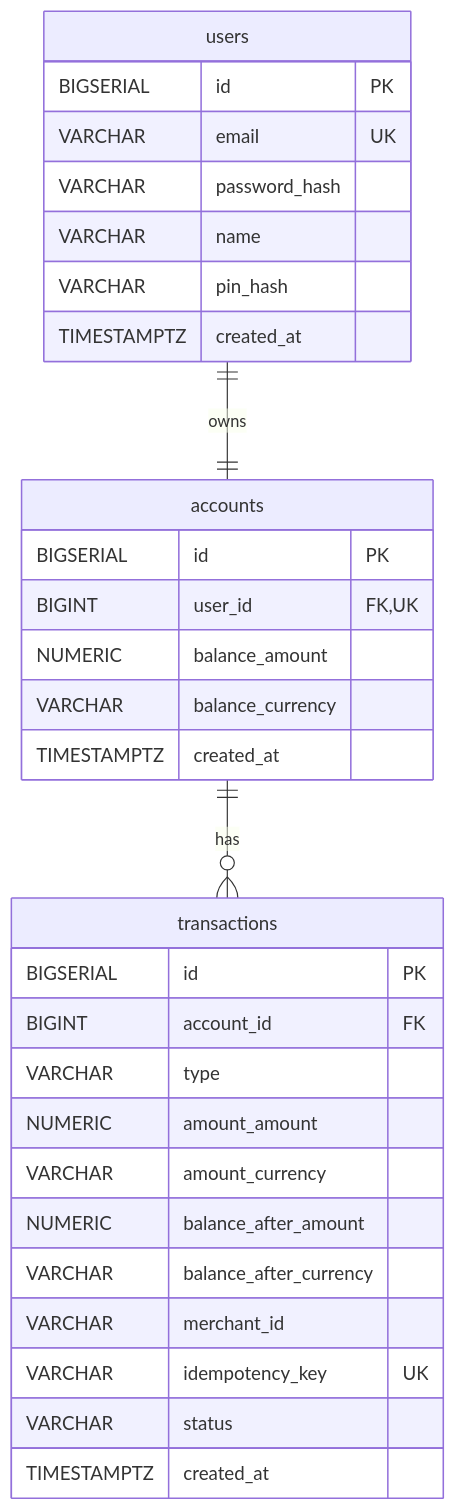
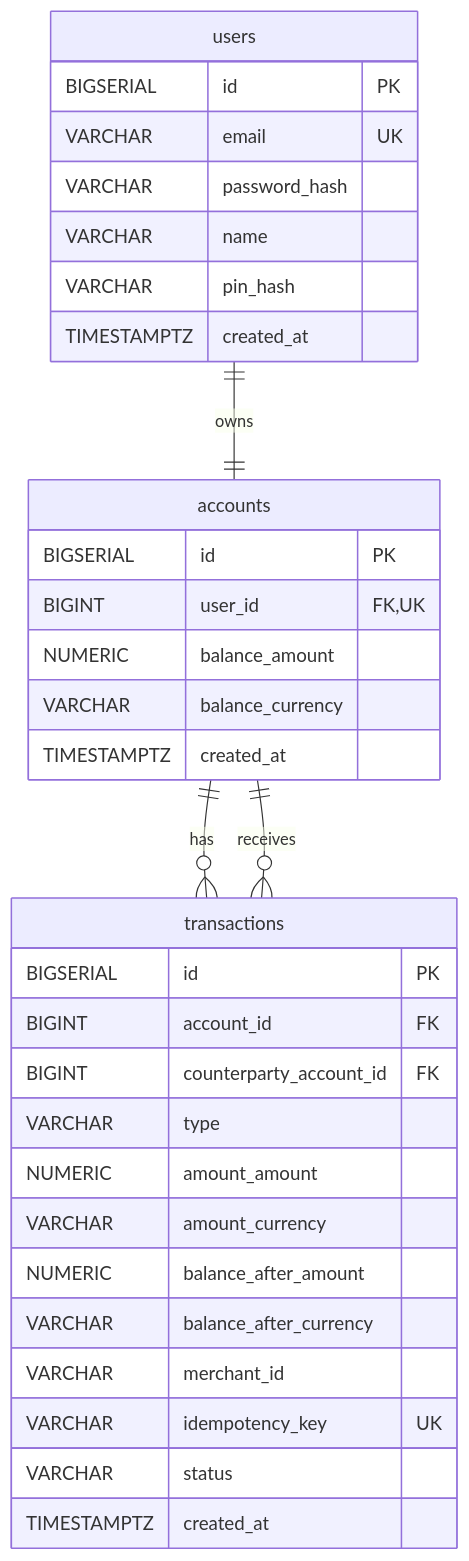
One commit to qkrrlxor627/mini changed the first of 4 diagrams in docs/ready.md. Above: the diagram before and after it, drawn with Mermaid. The commit also changed other lines of this file and 24 other files, not shown here.

````diff
--- a/docs/ready.md
+++ b/docs/ready.md
@@ -69,34 +70,36 @@
 ```mermaid
 erDiagram
     users ||--|| accounts : owns
     accounts ||--o{ transactions : has
+    accounts ||--o{ transactions : receives
 
     users {
         BIGSERIAL id PK
         VARCHAR email UK
         VARCHAR password_hash
         VARCHAR name
         VARCHAR pin_hash
         TIMESTAMPTZ created_at
     }
     accounts {
         BIGSERIAL id PK
         BIGINT user_id FK,UK
         NUMERIC balance_amount
         VARCHAR balance_currency
         TIMESTAMPTZ created_at
     }
     transactions {
         BIGSERIAL id PK
         BIGINT account_id FK
+        BIGINT counterparty_account_id FK
         VARCHAR type
         NUMERIC amount_amount
         VARCHAR amount_currency
         NUMERIC balance_after_amount
         VARCHAR balance_after_currency
         VARCHAR merchant_id
         VARCHAR idempotency_key UK
         VARCHAR status
         TIMESTAMPTZ created_at
     }
 ```
````
